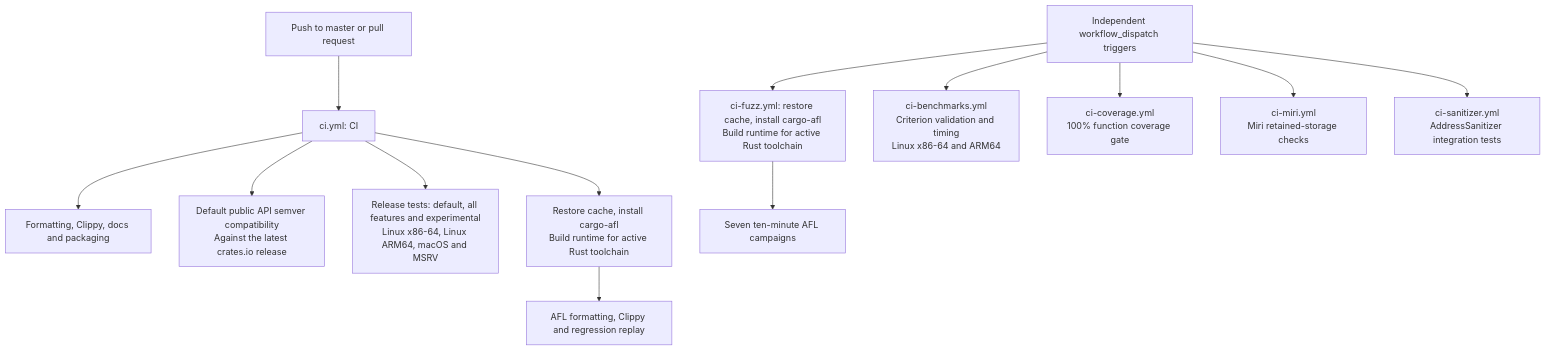
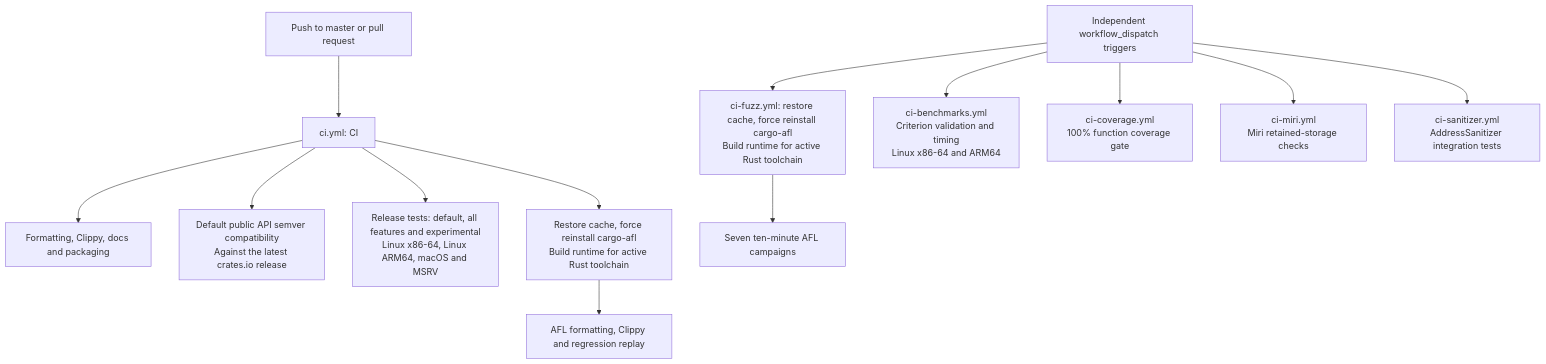
One commit to Mnwa/mbrotli changed the diagram in architecture/ci.md. Above: the diagram before and after it, drawn with Mermaid. The commit also changed other lines of this file and 3 other files, not shown here.

````diff
--- a/architecture/ci.md
+++ b/architecture/ci.md
@@ -6,15 +6,15 @@
 ```mermaid
 flowchart TD
     automatic["Push to master or pull request"] --> fast["ci.yml: CI"]
     fast --> check["Formatting, Clippy, docs and packaging"]
     fast --> semver["Default public API semver compatibility<br/>Against the latest crates.io release"]
     fast --> tests["Release tests: default, all features and experimental<br/>Linux x86-64, Linux ARM64, macOS and MSRV"]
-    fast --> replaySetup["Restore cache, install cargo-afl<br/>Build runtime for active Rust toolchain"]
+    fast --> replaySetup["Restore cache, force reinstall cargo-afl<br/>Build runtime for active Rust toolchain"]
     replaySetup --> replay["AFL formatting, Clippy and regression replay"]
-    manual["Independent workflow_dispatch triggers"] --> fuzzSetup["ci-fuzz.yml: restore cache, install cargo-afl<br/>Build runtime for active Rust toolchain"]
+    manual["Independent workflow_dispatch triggers"] --> fuzzSetup["ci-fuzz.yml: restore cache, force reinstall cargo-afl<br/>Build runtime for active Rust toolchain"]
     fuzzSetup --> fuzz["Seven ten-minute AFL campaigns"]
     manual --> bench["ci-benchmarks.yml<br/>Criterion validation and timing<br/>Linux x86-64 and ARM64"]
     manual --> coverage["ci-coverage.yml<br/>100% function coverage gate"]
     manual --> miri["ci-miri.yml<br/>Miri retained-storage checks"]
     manual --> asan["ci-sanitizer.yml<br/>AddressSanitizer integration tests"]
 ```
````
